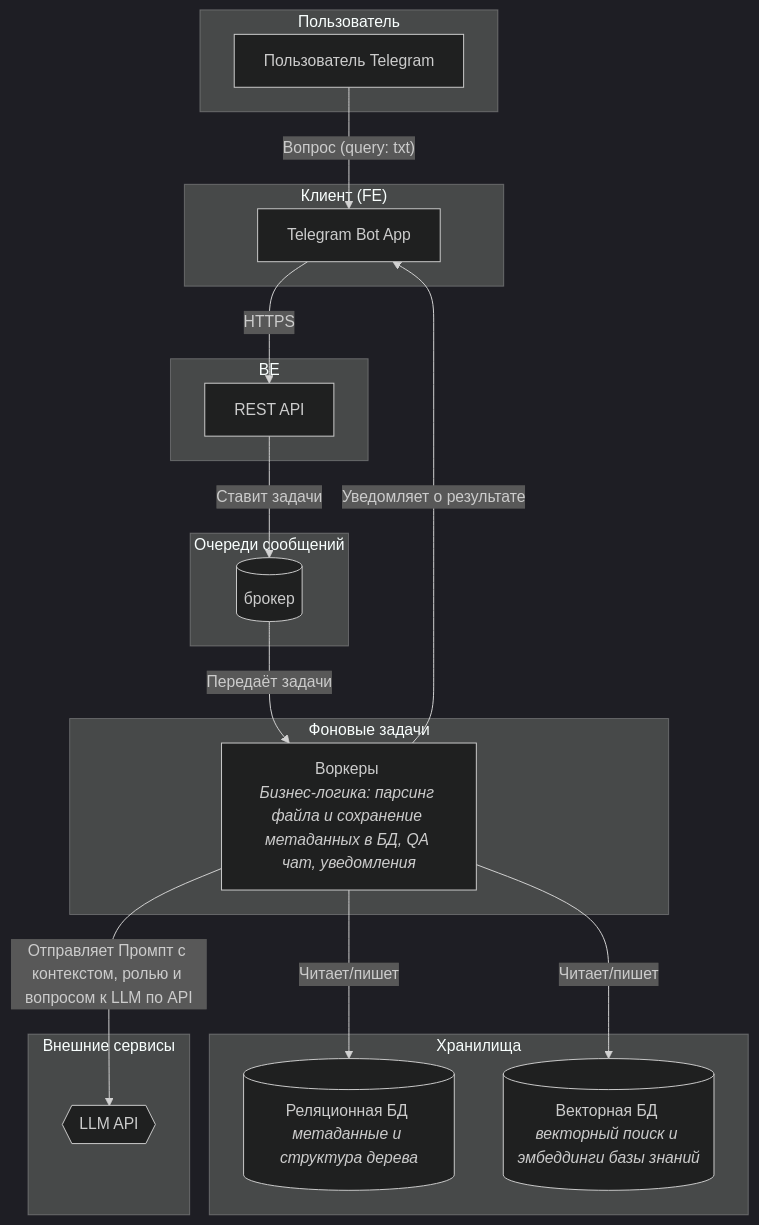
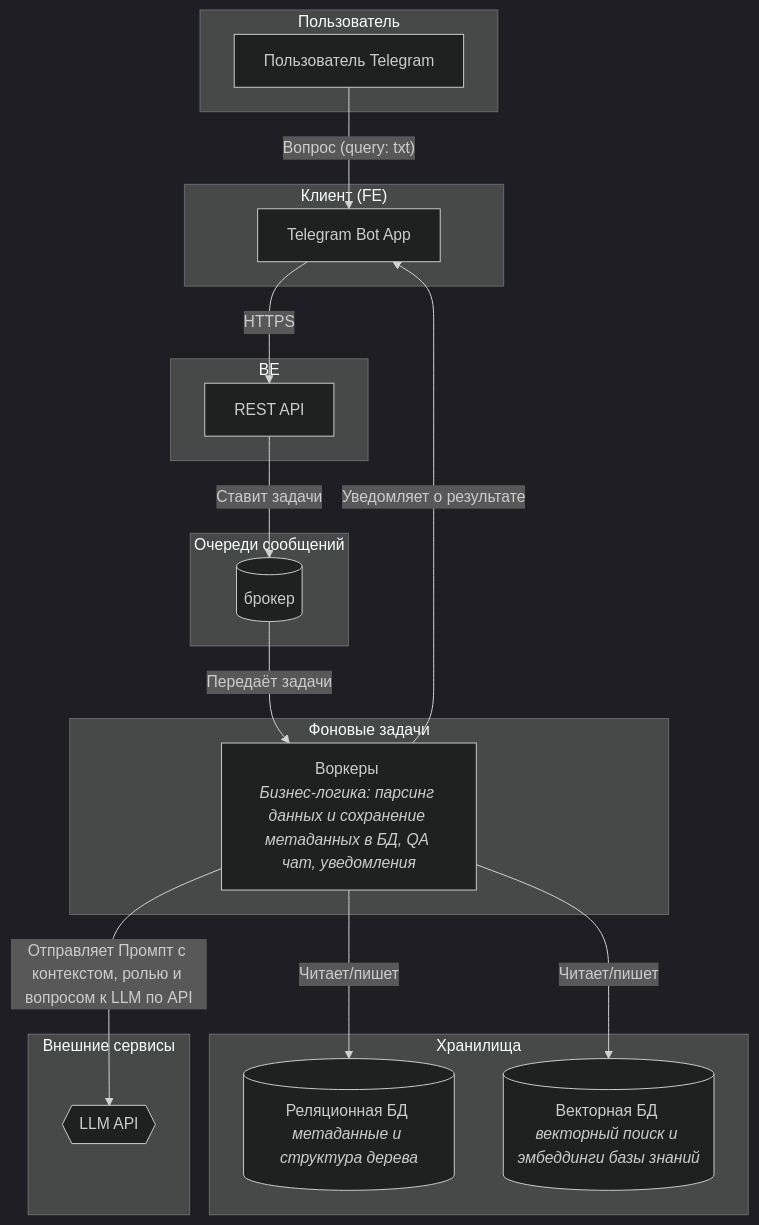
One commit to patolog123/Analyst-3.0 changed the diagram in Анастасия_Друзьянова/architect.MD. Above: the diagram before and after it, drawn with Mermaid (dark theme).

````diff
--- a/Анастасия_Друзьянова/architect.MD
+++ b/Анастасия_Друзьянова/architect.MD
@@ -1,41 +1,41 @@
 ```mermaid
 graph TD
     subgraph "Пользователь"
         A[Пользователь Telegram]
     end
 
     subgraph "Клиент (FE)"
         B[Telegram Bot App]
     end
 
     subgraph "BE"
         C[REST API]
     end
 
     subgraph "Очереди сообщений"
         J[(брокер)]
     end
 
     subgraph "Фоновые задачи"
-        F[Воркеры <br><i>Бизнес-логика: парсинг файла и сохранение метаданных в БД, QA чат, уведомления</i>]
+        F[Воркеры <br><i>Бизнес-логика: парсинг данных и сохранение метаданных в БД, QA чат, уведомления</i>]
     end
 
     subgraph "Хранилища"
         G[(Реляционная БД <br><i>метаданные и структура дерева</i>)]
         I[(Векторная БД <br><i>векторный поиск и эмбеддинги базы знаний</i>)]
     end
 
     subgraph "Внешние сервисы"
         H{{LLM API}}
     end
 
     %% Связи между компонентами
     A -- Вопрос (query: txt) --> B
     B -- HTTPS --> C
     C -- Ставит задачи --> J
     J -- Передаёт задачи --> F
     F -- Отправляет Промпт с контекстом, ролью и вопросом к LLM по API --> H
     F -- Читает/пишет --> G
     F -- Читает/пишет --> I
     F -- Уведомляет о результате --> B
 ```
````
